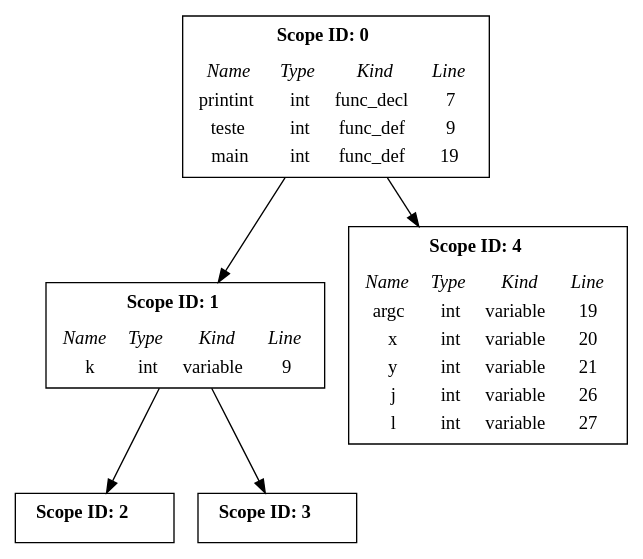
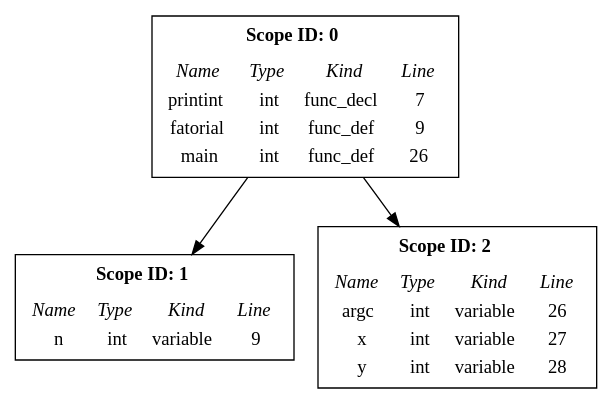
The diagram in table.dot (AlanVncs/compilador_1337), drawn with Graphviz before and after one commit. The commit also changed 6 other files, not shown here.

```diff
--- a/table.dot
+++ b/table.dot
@@ -1,109 +1,83 @@
 digraph {
 	graph [ordering="out"];
 	0[shape=record label=
 		<<table border="0">
 			<tr><td colspan="4"><b>Scope ID: 0</b></td></tr>
 			<tr><td></td></tr>
 			<tr>
 				<td><i>Name</i></td>
 				<td><i>Type</i></td>
 				<td><i>Kind</i></td>
 				<td><i>Line</i></td>
 			</tr>
 			<tr>
 				<td>printint</td>
 				<td>int</td>
 				<td>func_decl</td>
 				<td>7</td>
 			</tr>
 			<tr>
-				<td>teste</td>
+				<td>fatorial</td>
 				<td>int</td>
 				<td>func_def</td>
 				<td>9</td>
 			</tr>
 			<tr>
 				<td>main</td>
 				<td>int</td>
 				<td>func_def</td>
-				<td>19</td>
+				<td>26</td>
 			</tr>
 		</table>>
 	];
 	1[shape=record label=
 		<<table border="0">
 			<tr><td colspan="4"><b>Scope ID: 1</b></td></tr>
 			<tr><td></td></tr>
 			<tr>
 				<td><i>Name</i></td>
 				<td><i>Type</i></td>
 				<td><i>Kind</i></td>
 				<td><i>Line</i></td>
 			</tr>
 			<tr>
-				<td>k</td>
+				<td>n</td>
 				<td>int</td>
 				<td>variable</td>
 				<td>9</td>
 			</tr>
 		</table>>
 	];
+	0 -> 1
 	2[shape=record label=
 		<<table border="0">
 			<tr><td colspan="4"><b>Scope ID: 2</b></td></tr>
-			<tr><td></td></tr>
-		</table>>
-	];
-	1 -> 2
-	3[shape=record label=
-		<<table border="0">
-			<tr><td colspan="4"><b>Scope ID: 3</b></td></tr>
-			<tr><td></td></tr>
-		</table>>
-	];
-	1 -> 3
-	0 -> 1
-	4[shape=record label=
-		<<table border="0">
-			<tr><td colspan="4"><b>Scope ID: 4</b></td></tr>
 			<tr><td></td></tr>
 			<tr>
 				<td><i>Name</i></td>
 				<td><i>Type</i></td>
 				<td><i>Kind</i></td>
 				<td><i>Line</i></td>
 			</tr>
 			<tr>
 				<td>argc</td>
 				<td>int</td>
 				<td>variable</td>
-				<td>19</td>
+				<td>26</td>
 			</tr>
 			<tr>
 				<td>x</td>
 				<td>int</td>
 				<td>variable</td>
-				<td>20</td>
+				<td>27</td>
 			</tr>
 			<tr>
 				<td>y</td>
 				<td>int</td>
 				<td>variable</td>
-				<td>21</td>
-			</tr>
-			<tr>
-				<td>j</td>
-				<td>int</td>
-				<td>variable</td>
-				<td>26</td>
-			</tr>
-			<tr>
-				<td>l</td>
-				<td>int</td>
-				<td>variable</td>
-				<td>27</td>
+				<td>28</td>
 			</tr>
 		</table>>
 	];
-	0 -> 4
+	0 -> 2
 }
```
